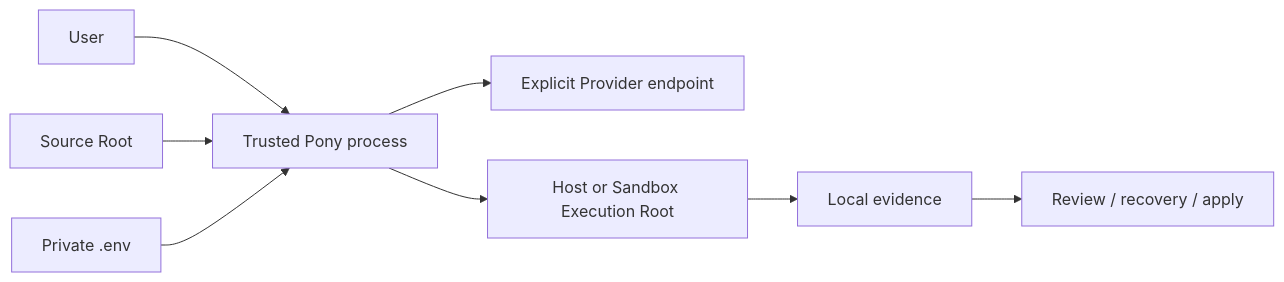
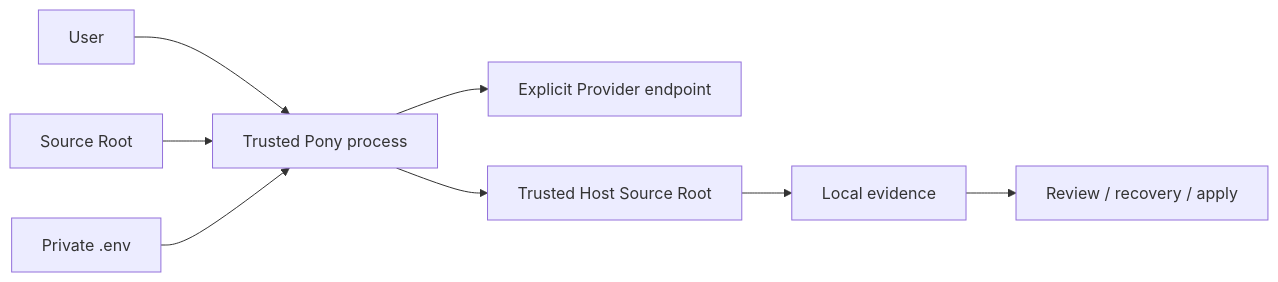
One commit to xiawiie/pony-code changed the first of 2 diagrams in docs/security.md. Above: the diagram before and after it, drawn with Mermaid. The commit also changed other lines of this file and 78 other files, not shown here.

Commit message:
Simplify host execution and retire sandbox runtime

````diff
--- a/docs/security.md
+++ b/docs/security.md
@@ -8,10 +8,10 @@
 ```mermaid
 flowchart LR
     USER["User"] --> CLI["Trusted Pony process"]
     REPO["Source Root"] --> CLI
     ENV["Private .env"] --> CLI
     CLI --> API["Explicit Provider endpoint"]
-    CLI --> EXEC["Host or Sandbox Execution Root"]
+    CLI --> EXEC["Trusted Host Source Root"]
     EXEC --> EVID["Local evidence"]
     EVID --> REVIEW["Review / recovery / apply"]
 ```
````
